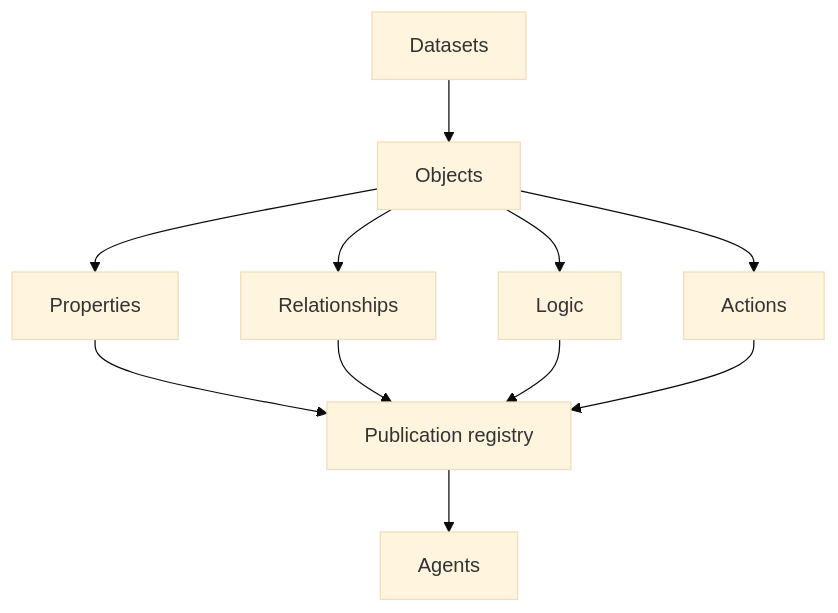
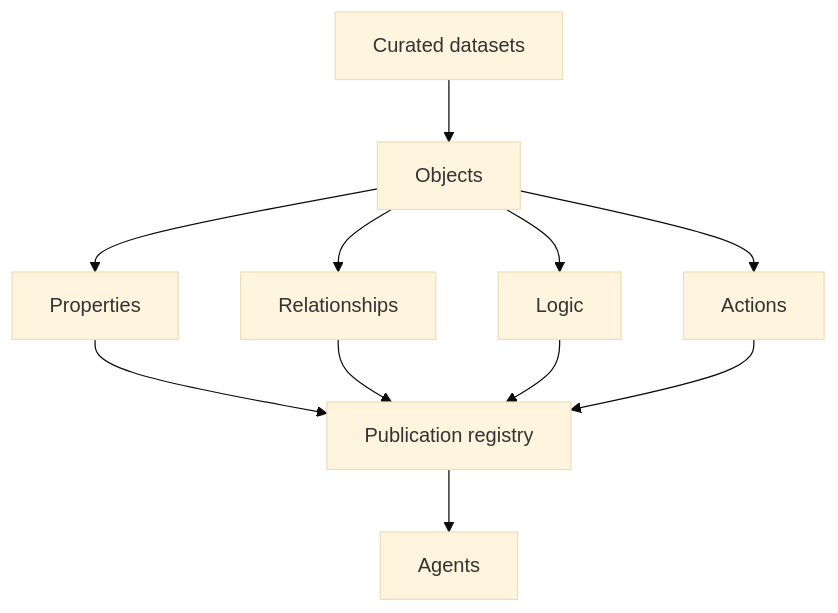
Before and after one commit to trybacked/anchor: the first of 2 diagrams in README.md, drawn with Mermaid (base theme). The commit also changed other lines of this file and 440 other files, not shown here.

Commit message:
Architecture & Ontology

````diff
--- a/README.md
+++ b/README.md
@@ -37,13 +39,13 @@
 ```mermaid
 flowchart TB
-  datasets["Datasets"] --> objects["Objects"]
+  datasets["Curated datasets"] --> objects["Objects"]
   objects --> properties["Properties"]
   objects --> relationships["Relationships"]
   objects --> logic["Logic"]
   objects --> actions["Actions"]
   properties --> registry["Publication registry"]
   relationships --> registry
   logic --> registry
   actions --> registry
   registry --> agents["Agents"]
 ```
````
